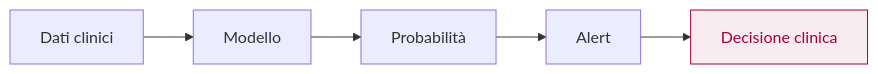
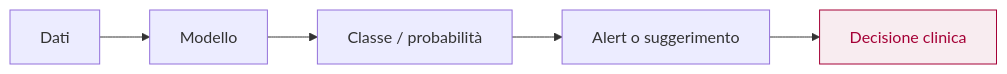
Before and after one commit to cremarco/mindful-workshop: the first of 4 diagrams in slides.md, drawn with Mermaid. The commit also changed other lines of this file, not shown here.

````diff
--- a/slides.md
+++ b/slides.md
@@ -469,8 +681,8 @@
 ```mermaid {theme: 'base', themeVariables: { primaryColor: '#ffffff', primaryBorderColor: '#d9d7d2', primaryTextColor: '#1d1d1f', secondaryColor: '#f3f2ef', tertiaryColor: '#f6f5f2', lineColor: '#a8a6a3', fontFamily: 'SF Pro Display, -apple-system, Helvetica Neue, sans-serif', fontSize: '16px' }}
 flowchart LR
-  A["Dati clinici"] --> B["Modello"]
-  B --> C["Probabilità"]
-  C --> D["Alert"]
+  A["Dati"] --> B["Modello"]
+  B --> C["Classe / probabilità"]
+  C --> D["Alert o suggerimento"]
   D --> E["Decisione clinica"]
   style E fill:#f8ecf0,stroke:#a50036,color:#a50036
 ```
````
